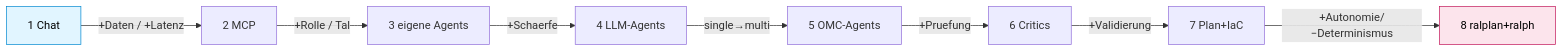
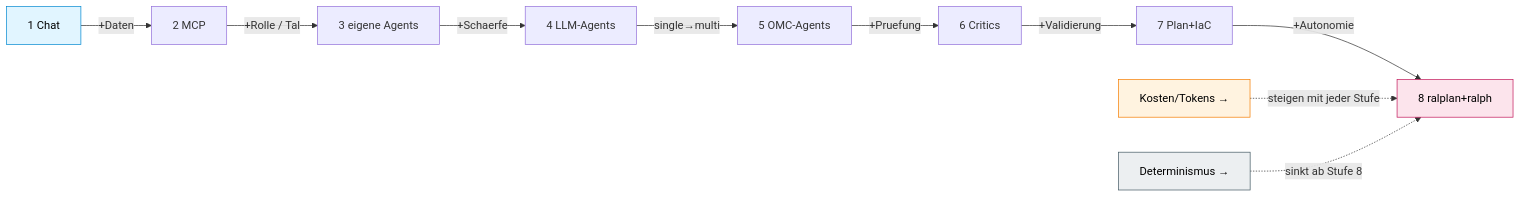
Before and after one commit to TheTrustedAdvisor/agentic-azure-techconf-wien-2026: the seventh of 10 diagrams in presentation/mermaids/PATTERNS.md, drawn with Mermaid. The commit also changed other lines of this file and 19 other files, not shown here.

First line of the commit message:
Präsentation erweitert: About-Me, Repo-QR-Slide, Plan-vs-Umsetzung; Mermaids vertieft; TN-Material

````diff
--- a/presentation/mermaids/PATTERNS.md
+++ b/presentation/mermaids/PATTERNS.md
@@ -95,12 +131,16 @@
 ```mermaid
 flowchart LR
-    S1["1 Chat"] -->|"+Daten / +Latenz"| S2["2 MCP"]
+    S1["1 Chat"] -->|"+Daten"| S2["2 MCP"]
     S2 -->|"+Rolle / Tal"| S3["3 eigene Agents"]
     S3 -->|"+Schaerfe"| S4["4 LLM-Agents"]
     S4 -->|"single→multi"| S5["5 OMC-Agents"]
     S5 -->|"+Pruefung"| S6["6 Critics"]
     S6 -->|"+Validierung"| S7["7 Plan+IaC"]
-    S7 -->|"+Autonomie/−Determinismus"| S8["8 ralplan+ralph"]
+    S7 -->|"+Autonomie"| S8["8 ralplan+ralph"]
+    K["Kosten/Tokens →"] -. "steigen mit jeder Stufe" .-> S8
+    D["Determinismus →"] -. "sinkt ab Stufe 8" .-> S8
     style S1 fill:#e1f5ff,stroke:#0288d1,color:#000
     style S8 fill:#fce4ec,stroke:#c2185b,color:#000
+    style K fill:#fff3e0,stroke:#f57c00,color:#000
+    style D fill:#eceff1,stroke:#455a64,color:#000
 ```
````
